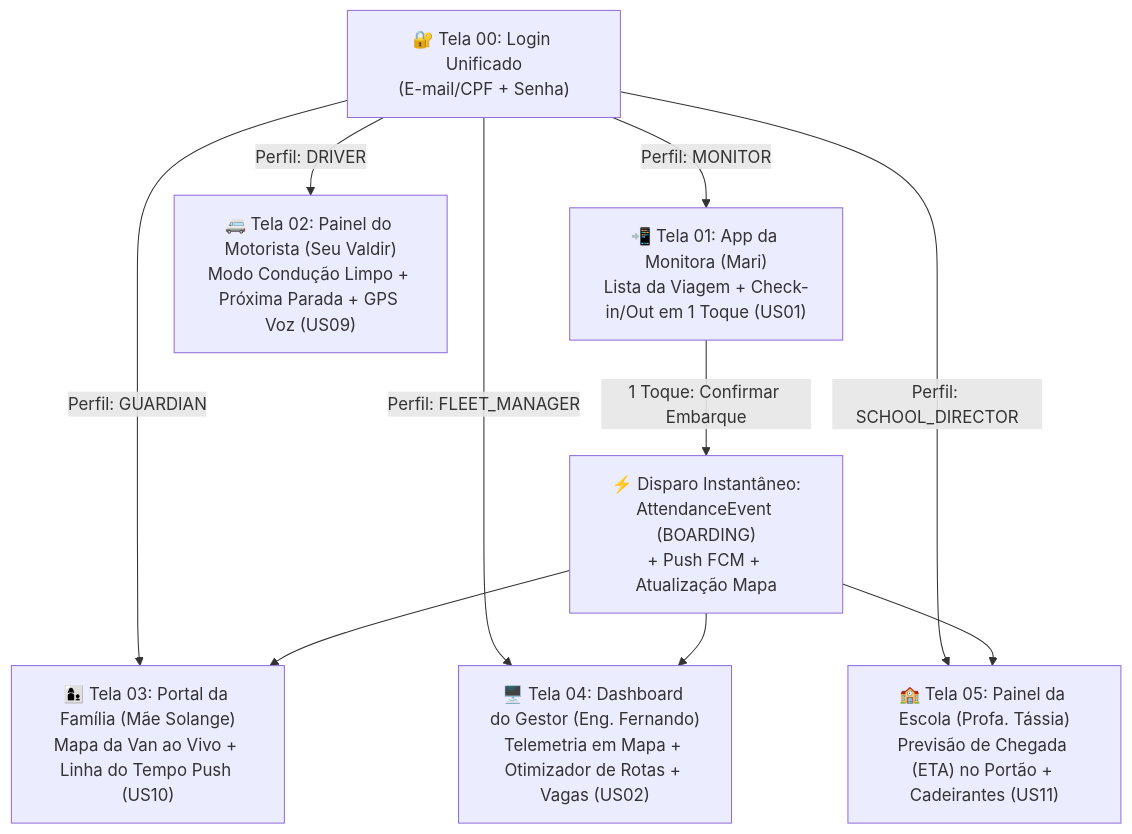
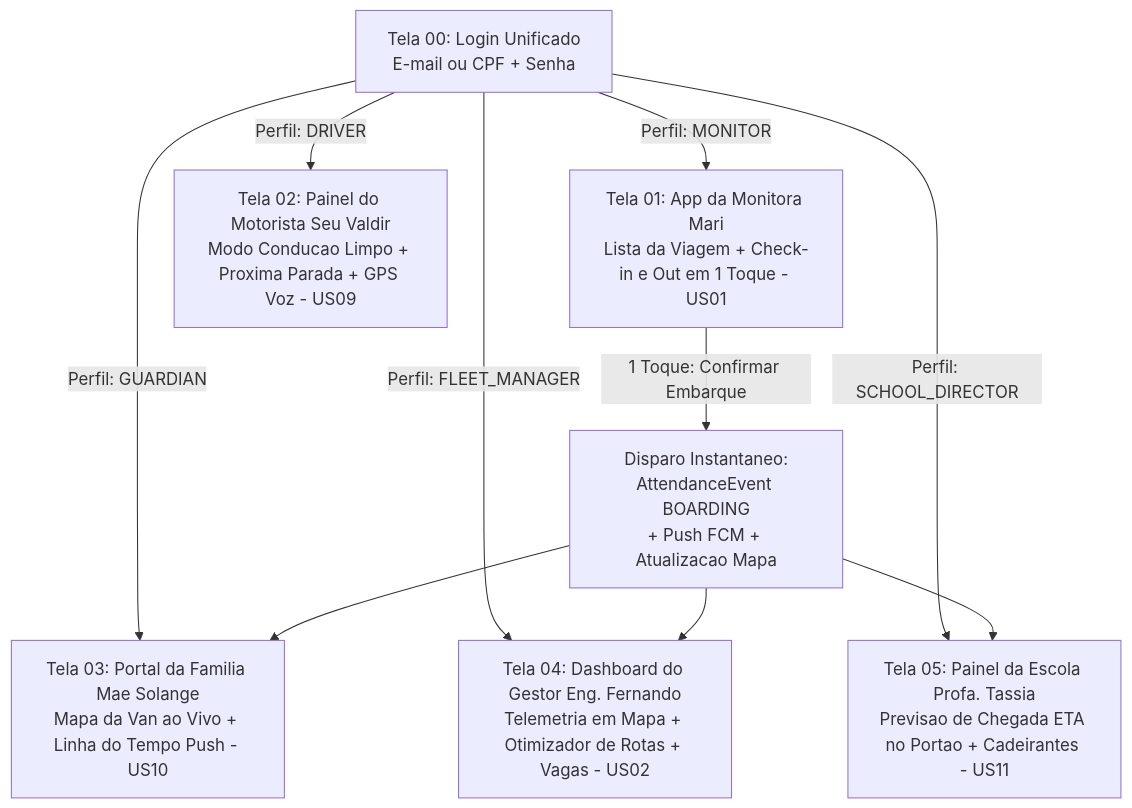
Before and after one commit to projeto-extensionista-11/Sistema-de-Gest-o-de-Vagas-e-Adapta-o-de-Transporte-Escolar-Inclusivo: the diagram in docs/wireframes-fluxo-telas.md, drawn with Mermaid. The commit also changed 2 other files, not shown here.

Commit message:
fix(docs): quote Mermaid edge labels and use br tags for GitHub rendering

````diff
--- a/docs/wireframes-fluxo-telas.md
+++ b/docs/wireframes-fluxo-telas.md
@@ -13,15 +13,15 @@
 ```mermaid
 flowchart TD
-    Login["🔐 Tela 00: Login Unificado\n(E-mail/CPF + Senha)"]
+    Login["Tela 00: Login Unificado<br/>E-mail ou CPF + Senha"]
 
-    Login -->|Perfil: MONITOR| T1["📲 Tela 01: App da Monitora (Mari)\nLista da Viagem + Check-in/Out em 1 Toque (US01)"]
-    Login -->|Perfil: DRIVER| T2["🚐 Tela 02: Painel do Motorista (Seu Valdir)\nModo Condução Limpo + Próxima Parada + GPS Voz (US09)"]
-    Login -->|Perfil: GUARDIAN| T3["👩‍👦 Tela 03: Portal da Família (Mãe Solange)\nMapa da Van ao Vivo + Linha do Tempo Push (US10)"]
-    Login -->|Perfil: FLEET_MANAGER| T4["🖥️ Tela 04: Dashboard do Gestor (Eng. Fernando)\nTelemetria em Mapa + Otimizador de Rotas + Vagas (US02)"]
-    Login -->|Perfil: SCHOOL_DIRECTOR| T5["🏫 Tela 05: Painel da Escola (Profa. Tássia)\nPrevisão de Chegada (ETA) no Portão + Cadeirantes (US11)"]
+    Login -->|"Perfil: MONITOR"| T1["Tela 01: App da Monitora Mari<br/>Lista da Viagem + Check-in e Out em 1 Toque - US01"]
+    Login -->|"Perfil: DRIVER"| T2["Tela 02: Painel do Motorista Seu Valdir<br/>Modo Conducao Limpo + Proxima Parada + GPS Voz - US09"]
+    Login -->|"Perfil: GUARDIAN"| T3["Tela 03: Portal da Familia Mae Solange<br/>Mapa da Van ao Vivo + Linha do Tempo Push - US10"]
+    Login -->|"Perfil: FLEET_MANAGER"| T4["Tela 04: Dashboard do Gestor Eng. Fernando<br/>Telemetria em Mapa + Otimizador de Rotas + Vagas - US02"]
+    Login -->|"Perfil: SCHOOL_DIRECTOR"| T5["Tela 05: Painel da Escola Profa. Tassia<br/>Previsao de Chegada ETA no Portao + Cadeirantes - US11"]
 
-    T1 -->|1 Toque: Confirmar Embarque| Evento["⚡ Disparo Instantâneo:\nAttendanceEvent (BOARDING)\n+ Push FCM + Atualização Mapa"]
+    T1 -->|"1 Toque: Confirmar Embarque"| Evento["Disparo Instantaneo:<br/>AttendanceEvent BOARDING<br/>+ Push FCM + Atualizacao Mapa"]
     Evento --> T3
     Evento --> T4
     Evento --> T5
 ```
````
